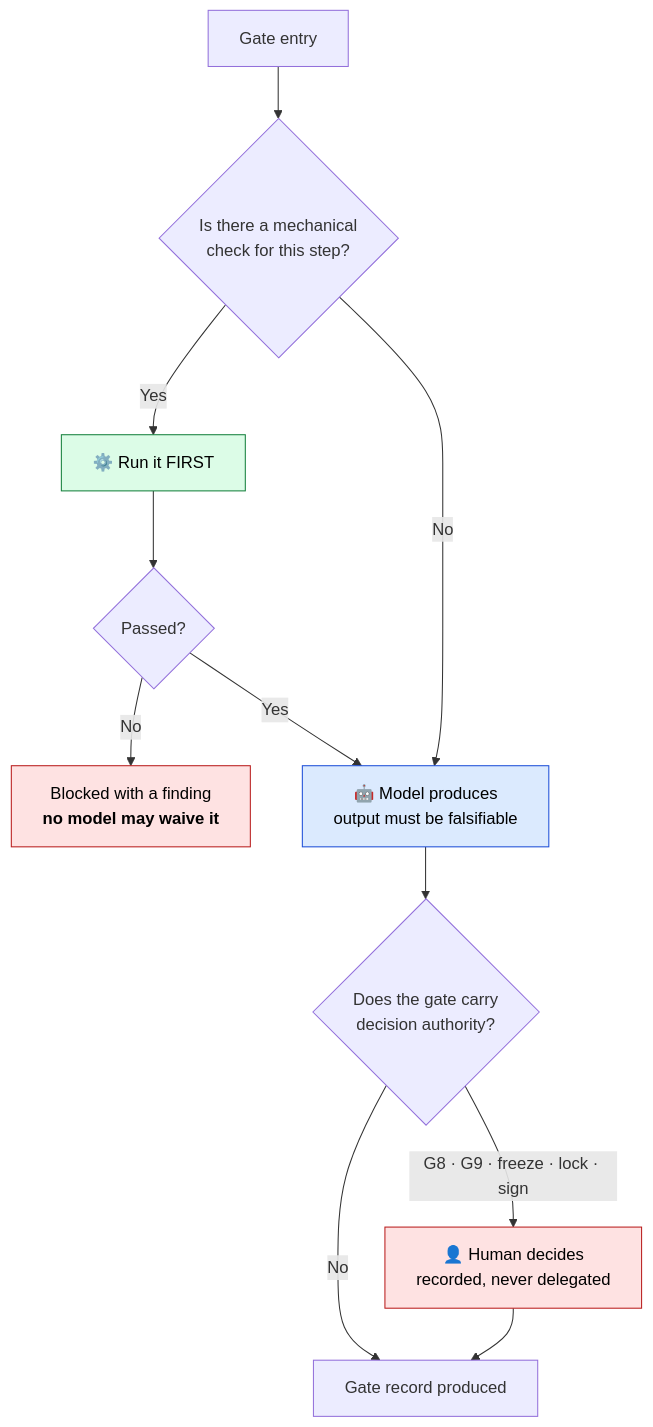
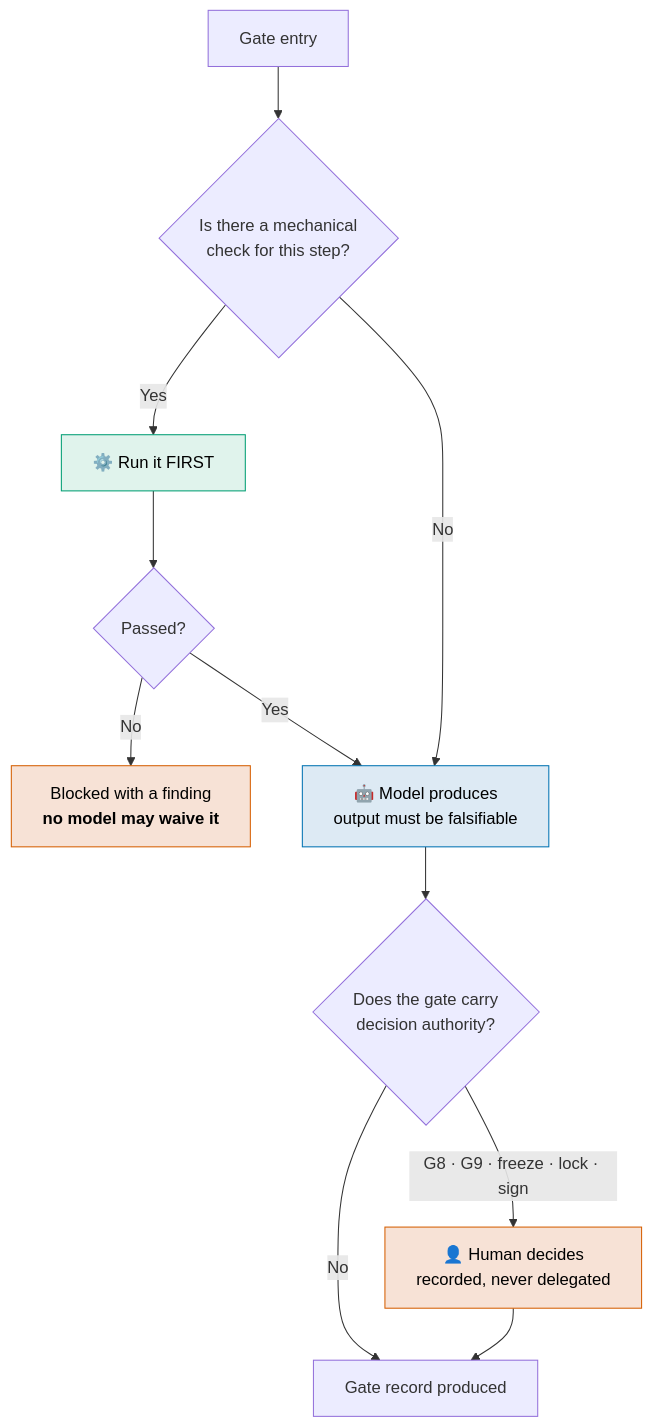
Diagram 13 of 22 in docs/architecture/AIRL_OS_ARCHITECTURE.md (furkanhanilci/AETHRION), drawn with Mermaid before and after one commit. The commit also changed other lines of this file and 32 other files, not shown here.

````diff
--- a/docs/architecture/AIRL_OS_ARCHITECTURE.md
+++ b/docs/architecture/AIRL_OS_ARCHITECTURE.md
@@ -410,18 +453,18 @@
 ```mermaid
 flowchart TD
     IN["Gate entry"] --> MECHQ{"Is there a mechanical<br/>check for this step?"}
     MECHQ -->|Yes| RUN["⚙️ Run it FIRST"]
     RUN --> PASS{"Passed?"}
     PASS -->|No| BLOCK["Blocked with a finding<br/><b>no model may waive it</b>"]
     PASS -->|Yes| MODELN
     MECHQ -->|No| MODELN["🤖 Model produces<br/>output must be falsifiable"]
     MODELN --> AUTHQ{"Does the gate carry<br/>decision authority?"}
     AUTHQ -->|"G8 · G9 · freeze · lock · sign"| HUMANN["👤 Human decides<br/>recorded, never delegated"]
     AUTHQ -->|No| REC["Gate record produced"]
     HUMANN --> REC
 
-    style RUN fill:#dcfce7,stroke:#15803d,color:#000
-    style BLOCK fill:#fee2e2,stroke:#b91c1c,color:#000
-    style MODELN fill:#dbeafe,stroke:#1d4ed8,color:#000
-    style HUMANN fill:#fee2e2,stroke:#b91c1c,color:#000
+    style RUN fill:#E0F3EC,stroke:#009E73,color:#000
+    style BLOCK fill:#F7E2D6,stroke:#D55E00,color:#000
+    style MODELN fill:#DDEAF4,stroke:#0072B2,color:#000
+    style HUMANN fill:#F7E2D6,stroke:#D55E00,color:#000
 ```
````
